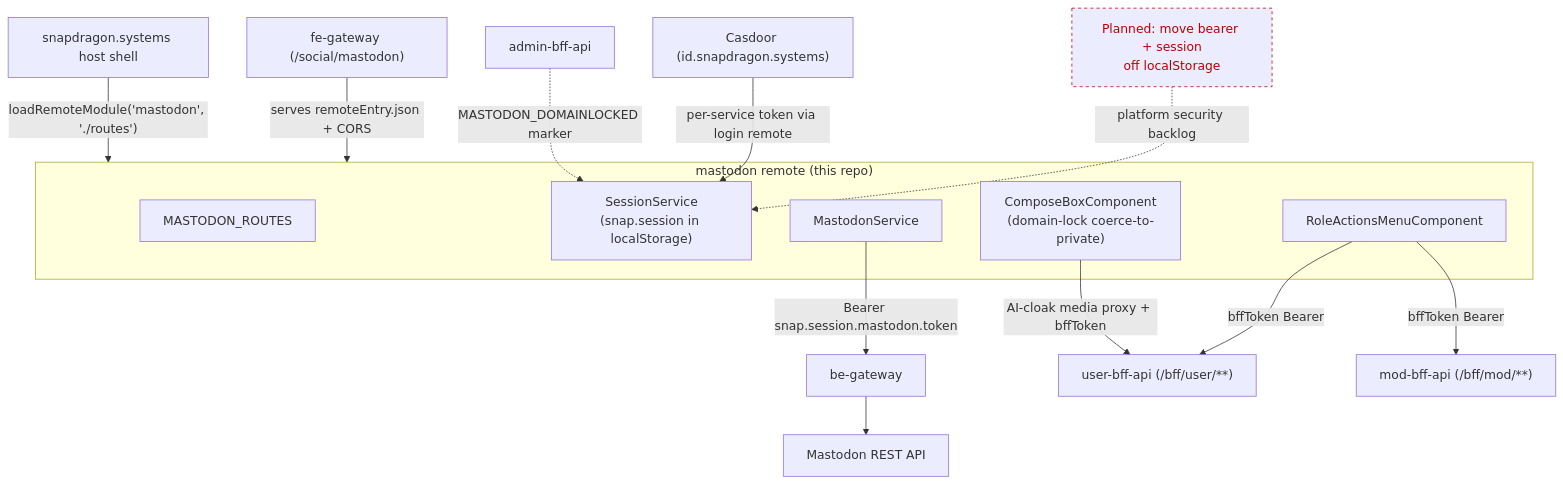
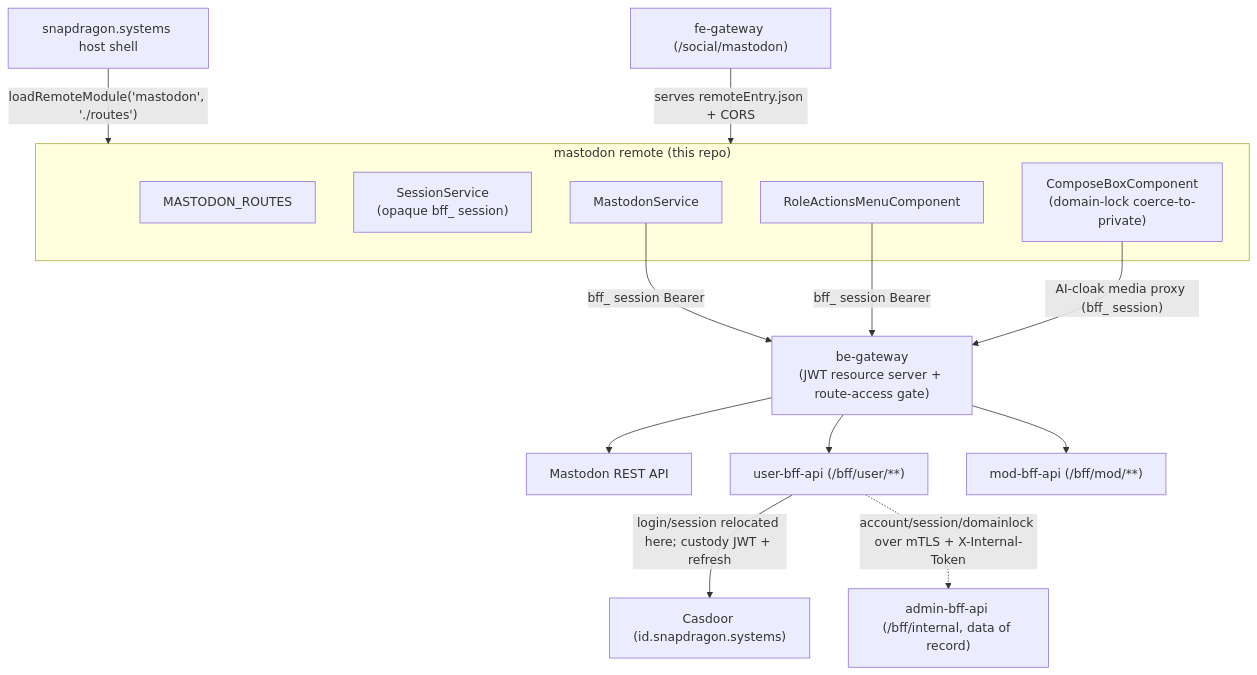
The diagram in README.md (hugmesh/hugmesh-mastodon-ui), drawn with Mermaid before and after one commit. The commit also changed other lines of this file, not shown here.

Commit message:
docs(readme): refresh current state + roadmap (auth relocation, Boot4/commons, SCG-5) (#21)

````diff
--- a/README.md
+++ b/README.md
@@ -45,34 +45,30 @@
 ```mermaid
 flowchart TD
     host["snapdragon.systems host shell"]
     host -->|"loadRemoteModule('mastodon', './routes')"| remote
 
     subgraph remote["mastodon remote (this repo)"]
         routes["MASTODON_ROUTES"]
-        session["SessionService<br/>(snap.session in localStorage)"]
+        session["SessionService<br/>(opaque bff_ session)"]
         masto["MastodonService"]
         compose["ComposeBoxComponent<br/>(domain-lock coerce-to-private)"]
         rolemenu["RoleActionsMenuComponent"]
     end
 
     feGw["fe-gateway (/social/mastodon)"]
-    beGw["be-gateway"]
+    beGw["be-gateway<br/>(JWT resource server + route-access gate)"]
     mastoApi["Mastodon REST API"]
     userBff["user-bff-api (/bff/user/**)"]
     modBff["mod-bff-api (/bff/mod/**)"]
-    adminBff["admin-bff-api"]
+    adminBff["admin-bff-api (/bff/internal, data of record)"]
     casdoor["Casdoor (id.snapdragon.systems)"]
 
     feGw -->|"serves remoteEntry.json + CORS"| remote
-    masto -->|"Bearer snap.session.mastodon.token"| beGw --> mastoApi
-    rolemenu -->|"bffToken Bearer"| userBff
-    rolemenu -->|"bffToken Bearer"| modBff
-    compose -->|"AI-cloak media proxy + bffToken"| userBff
-    adminBff -.->|"MASTODON_DOMAINLOCKED marker"| session
-    casdoor -->|"per-service token via login remote"| session
-
-    roadmap["Planned: move bearer + session<br/>off localStorage"]:::planned
-    roadmap -.->|"platform security backlog"| session
-
-    classDef planned stroke-dasharray:4,stroke:#b00,color:#b00
+    masto -->|"bff_ session Bearer"| beGw --> mastoApi
+    rolemenu -->|"bff_ session Bearer"| beGw
+    beGw --> userBff
+    beGw --> modBff
+    compose -->|"AI-cloak media proxy (bff_ session)"| beGw
+    userBff -->|"login/session relocated here; custody JWT + refresh"| casdoor
+    userBff -.->|"account/session/domainlock over mTLS + X-Internal-Token"| adminBff
 ```
````
